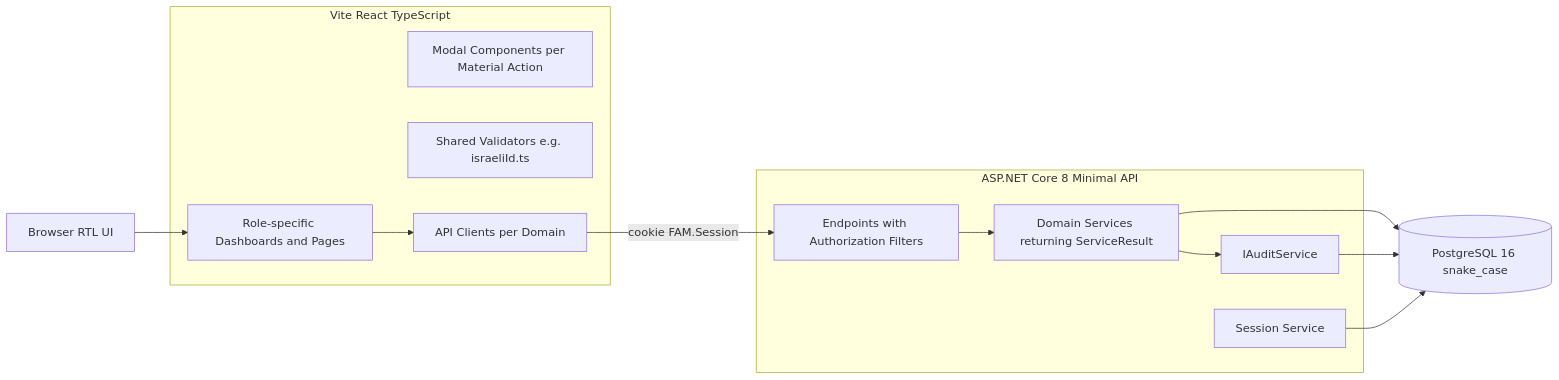
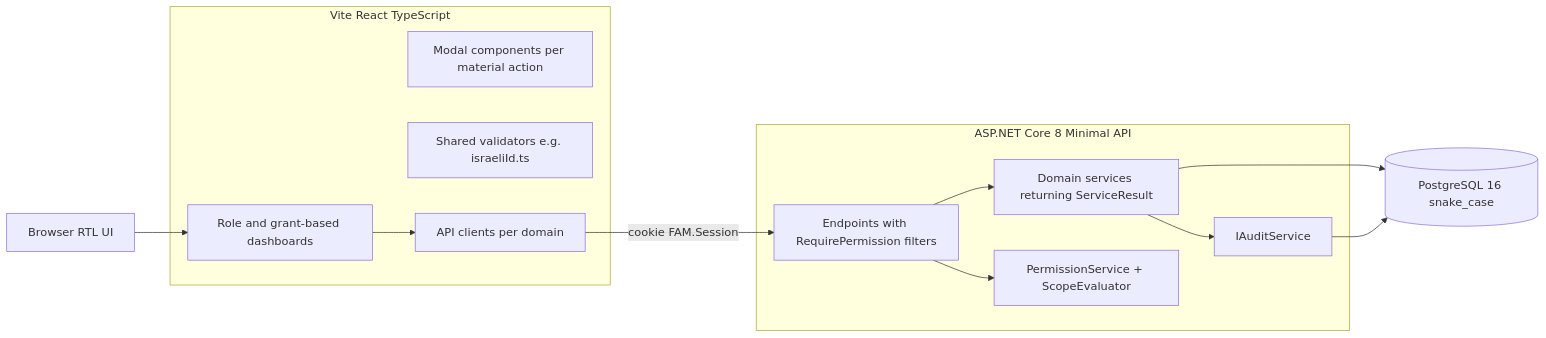
One commit to bracha0660-debug/family-assistance-management changed the first of 4 diagrams in docs/architecture.md. Above: the diagram before and after it, drawn with Mermaid. The commit also changed other lines of this file and 25 other files, not shown here.

````diff
--- a/docs/architecture.md
+++ b/docs/architecture.md
@@ -28,25 +22,25 @@
 ```mermaid
 flowchart LR
   Browser[Browser RTL UI]
   subgraph frontend [Vite React TypeScript]
-    Pages[Role-specific Dashboards and Pages]
-    Modals[Modal Components per Material Action]
-    Validators[Shared Validators e.g. israeliId.ts]
-    ApiClients[API Clients per Domain]
+    Dashboards[Role and grant-based dashboards]
+    Modals[Modal components per material action]
+    Validators[Shared validators e.g. israeliId.ts]
+    ApiClients[API clients per domain]
   end
   subgraph backend [ASP.NET Core 8 Minimal API]
-    Endpoints[Endpoints with Authorization Filters]
-    Services[Domain Services returning ServiceResult]
+    Endpoints[Endpoints with RequirePermission filters]
+    Services[Domain services returning ServiceResult]
     AuditSvc[IAuditService]
-    SessionSvc[Session Service]
+    PermSvc[PermissionService + ScopeEvaluator]
   end
   DB[(PostgreSQL 16 snake_case)]
-  Browser --> Pages
-  Pages --> ApiClients
+  Browser --> Dashboards
+  Dashboards --> ApiClients
   ApiClients -->|cookie FAM.Session| Endpoints
+  Endpoints --> PermSvc
   Endpoints --> Services
   Services --> AuditSvc
   Services --> DB
   AuditSvc --> DB
-  SessionSvc --> DB
 ```
````
